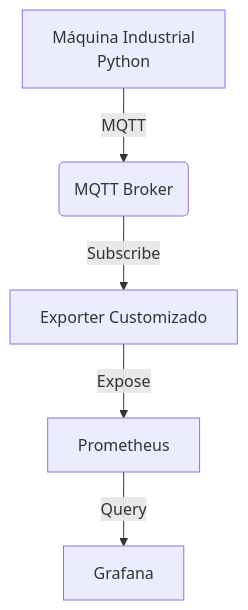
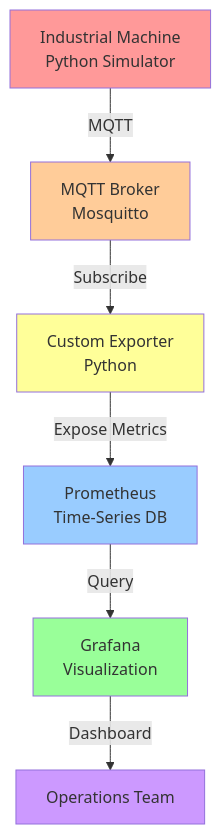
One commit to AlanStacholski/fabrica-virtual changed the diagram in README.md. Above: the diagram before and after it, drawn with Mermaid. The commit also changed other lines of this file, not shown here.

````diff
--- a/README.md
+++ b/README.md
@@ -17,7 +19,15 @@
 ```mermaid
 flowchart TD
-    A[Máquina Industrial<br/>Python] -->|MQTT| B(MQTT Broker)
-    B -->|Subscribe| C[Exporter Customizado]
-    C -->|Expose| D[Prometheus]
-    D -->|Query| E[Grafana]
+    A[Industrial Machine<br/>Python Simulator] -->|MQTT| B[MQTT Broker<br/>Mosquitto]
+    B -->|Subscribe| C[Custom Exporter<br/>Python]
+    C -->|Expose Metrics| D[Prometheus<br/>Time-Series DB]
+    D -->|Query| E[Grafana<br/>Visualization]
+    E -->|Dashboard| F[Operations Team]
+    
+    style A fill:#ff9999
+    style B fill:#ffcc99
+    style C fill:#ffff99
+    style D fill:#99ccff
+    style E fill:#99ff99
+    style F fill:#cc99ff
 ```
````
